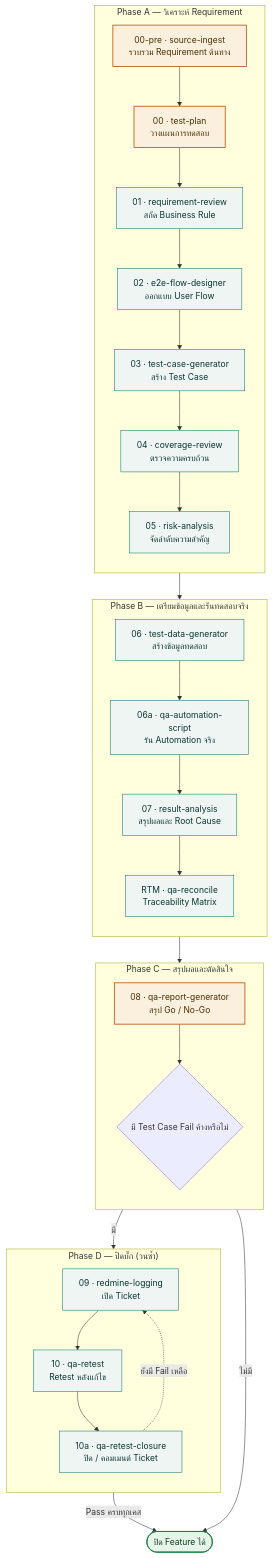
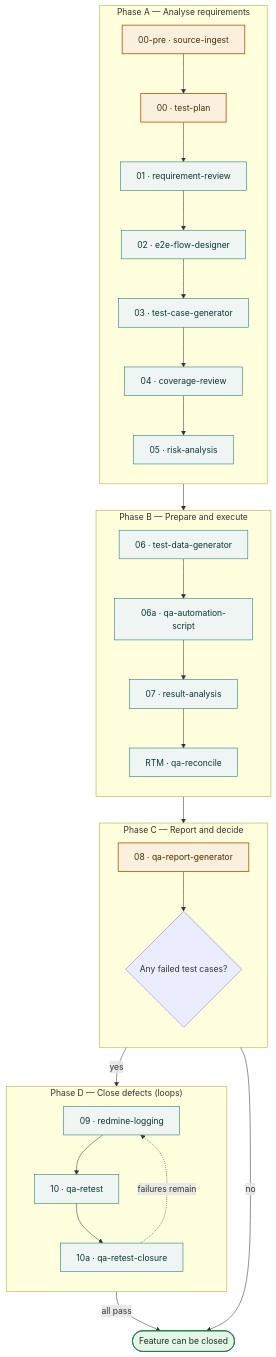
One commit to Jiramonthon-j/qa-pipeline changed the diagram in README.md. Above: the diagram before and after it, drawn with Mermaid. The commit also changed other lines of this file and 2 other files, not shown here.

````diff
--- a/README.md
+++ b/README.md
@@ -57,50 +76,45 @@
 ```mermaid
 flowchart TD
-    subgraph A["Phase A — วิเคราะห์ Requirement"]
+    subgraph A["Phase A — Analyse requirements"]
         direction TB
-        A1["00-pre · source-ingest<br/>รวบรวม Requirement ต้นทาง"]:::gate
-        A2["00 · test-plan<br/>วางแผนการทดสอบ"]:::gate
-        A3["01 · requirement-review<br/>สกัด Business Rule"]:::auto
-        A4["02 · e2e-flow-designer<br/>ออกแบบ User Flow"]:::auto
-        A5["03 · test-case-generator<br/>สร้าง Test Case"]:::auto
-        A6["04 · coverage-review<br/>ตรวจความครบถ้วน"]:::auto
-        A7["05 · risk-analysis<br/>จัดลำดับความสำคัญ"]:::auto
+        A1["00-pre · source-ingest"]:::gate
+        A2["00 · test-plan"]:::gate
+        A3["01 · requirement-review"]:::auto
+        A4["02 · e2e-flow-designer"]:::auto
+        A5["03 · test-case-generator"]:::auto
+        A6["04 · coverage-review"]:::auto
+        A7["05 · risk-analysis"]:::auto
         A1 --> A2 --> A3 --> A4 --> A5 --> A6 --> A7
     end
-
-    subgraph B["Phase B — เตรียมข้อมูลและรันทดสอบจริง"]
+    subgraph B["Phase B — Prepare and execute"]
         direction TB
-        B1["06 · test-data-generator<br/>สร้างข้อมูลทดสอบ"]:::auto
-        B2["06a · qa-automation-script<br/>รัน Automation จริง"]:::auto
-        B3["07 · result-analysis<br/>สรุปผลและ Root Cause"]:::auto
-        B4["RTM · qa-reconcile<br/>Traceability Matrix"]:::auto
+        B1["06 · test-data-generator"]:::auto
+        B2["06a · qa-automation-script"]:::auto
+        B3["07 · result-analysis"]:::auto
+        B4["RTM · qa-reconcile"]:::auto
         B1 --> B2 --> B3 --> B4
     end
-
-    subgraph C["Phase C — สรุปผลและตัดสินใจ"]
+    subgraph C["Phase C — Report and decide"]
         direction TB
-        C1["08 · qa-report-generator<br/>สรุป Go / No-Go"]:::gate
-        C2{"มี Test Case Fail ค้างหรือไม่"}
+        C1["08 · qa-report-generator"]:::gate
+        C2{"Any failed test cases?"}
         C1 --> C2
     end
-
-    subgraph D["Phase D — ปิดบั๊ก (วนซ้ำ)"]
+    subgraph D["Phase D — Close defects (loops)"]
         direction TB
-        D1["09 · redmine-logging<br/>เปิด Ticket"]:::auto
-        D2["10 · qa-retest<br/>Retest หลังแก้ไข"]:::auto
-        D3["10a · qa-retest-closure<br/>ปิด / คอมเมนต์ Ticket"]:::auto
+        D1["09 · redmine-logging"]:::auto
+        D2["10 · qa-retest"]:::auto
+        D3["10a · qa-retest-closure"]:::auto
         D1 --> D2 --> D3
-        D3 -. "ยังมี Fail เหลือ" .-> D1
+        D3 -. "failures remain" .-> D1
     end
-
     A7 --> B1
     B4 --> C1
-    C2 -- "ไม่มี" --> DONE(["ปิด Feature ได้"])
-    C2 -- "มี" --> D1
-    D3 -- "Pass ครบทุกเคส" --> DONE
-
+    C2 -- "no" --> DONE(["Feature can be closed"])
+    C2 -- "yes" --> D1
+    D3 -- "all pass" --> DONE
     classDef auto fill:#eef5f3,stroke:#0f766e,color:#0b3630,stroke-width:1px;
     classDef gate fill:#faf0dd,stroke:#b45309,color:#4a2e04,stroke-width:1.5px;
     classDef terminal fill:#e7f4ea,stroke:#15803d,color:#0d3a1f,stroke-width:1.5px;
     class DONE terminal;
 ```
````
